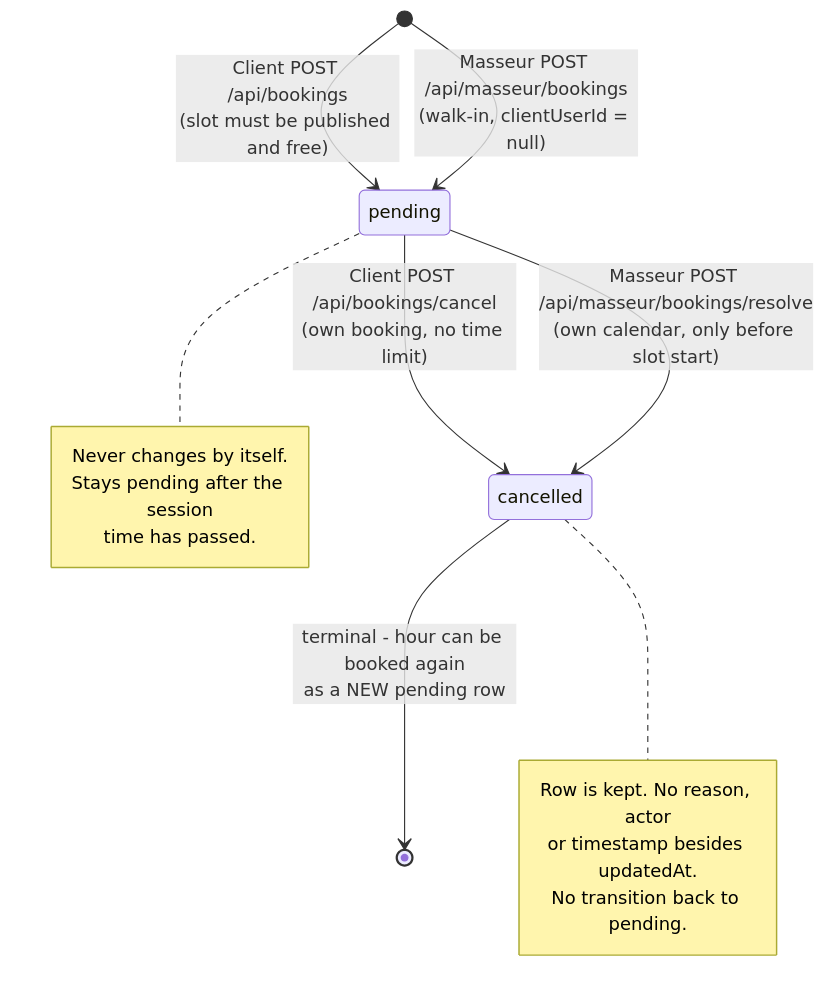
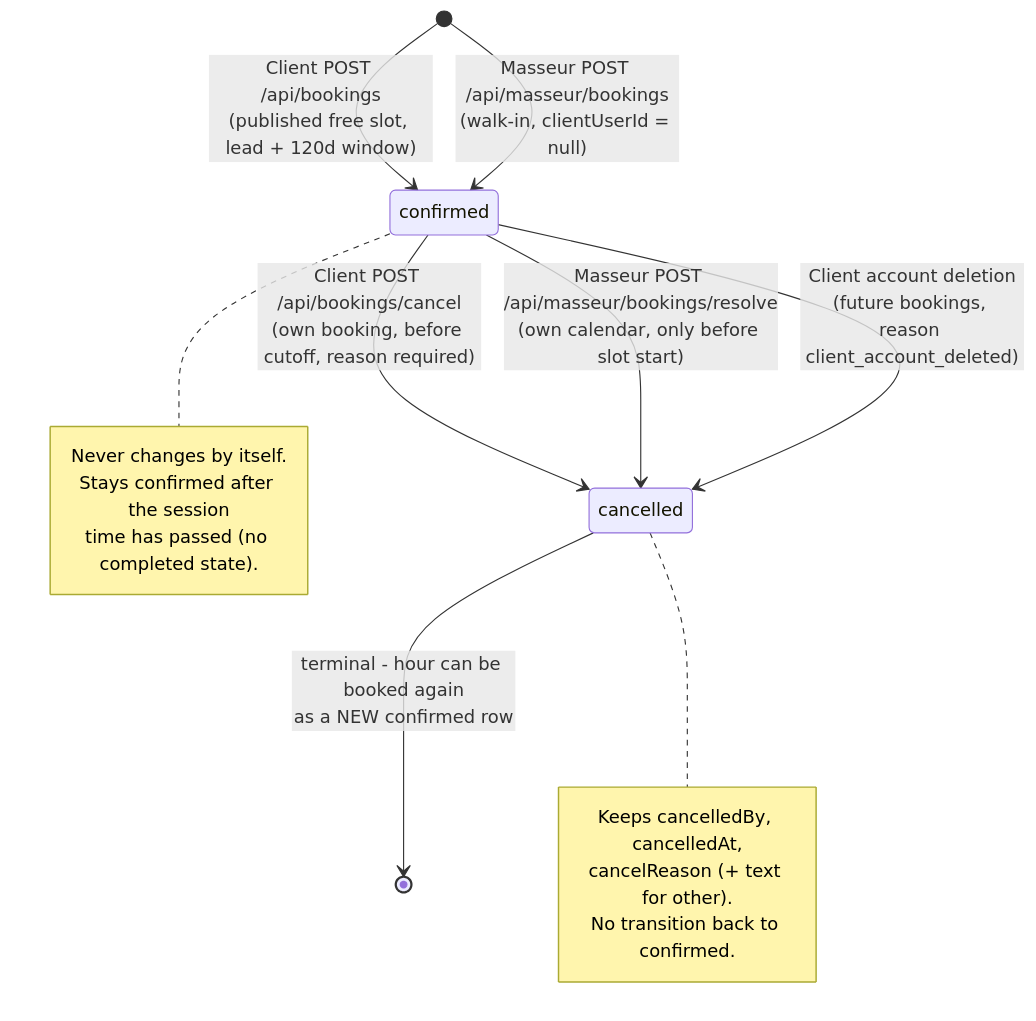
One commit to dmytro-koliasa/massagego changed the diagram in docs/business/booking-lifecycle.md. Above: the diagram before and after it, drawn with Mermaid. The commit also changed other lines of this file, not shown here.

First line of the commit message:
docs: refresh booking-lifecycle to post-track-2 as-is

````diff
--- a/docs/business/booking-lifecycle.md
+++ b/docs/business/booking-lifecycle.md
@@ -24,22 +22,23 @@
 ```mermaid
 stateDiagram-v2
-    [*] --> pending: Client POST /api/bookings<br/>(slot must be published and free)
-    [*] --> pending: Masseur POST /api/masseur/bookings<br/>(walk-in, clientUserId = null)
+    [*] --> confirmed: Client POST /api/bookings<br/>(published free slot, lead + 120d window)
+    [*] --> confirmed: Masseur POST /api/masseur/bookings<br/>(walk-in, clientUserId = null)
 
-    pending --> cancelled: Client POST /api/bookings/cancel<br/>(own booking, no time limit)
-    pending --> cancelled: Masseur POST /api/masseur/bookings/resolve<br/>(own calendar, only before slot start)
+    confirmed --> cancelled: Client POST /api/bookings/cancel<br/>(own booking, before cutoff, reason required)
+    confirmed --> cancelled: Masseur POST /api/masseur/bookings/resolve<br/>(own calendar, only before slot start)
+    confirmed --> cancelled: Client account deletion<br/>(future bookings, reason client_account_deleted)
 
-    cancelled --> [*]: terminal - hour can be booked again<br/>as a NEW pending row
+    cancelled --> [*]: terminal - hour can be booked again<br/>as a NEW confirmed row
 
-    note right of pending
+    note right of confirmed
         Never changes by itself.
-        Stays pending after the session
-        time has passed.
+        Stays confirmed after the session
+        time has passed (no completed state).
     end note
 
     note right of cancelled
-        Row is kept. No reason, actor
-        or timestamp besides updatedAt.
-        No transition back to pending.
+        Keeps cancelledBy, cancelledAt,
+        cancelReason (+ text for other).
+        No transition back to confirmed.
     end note
 ```
````
